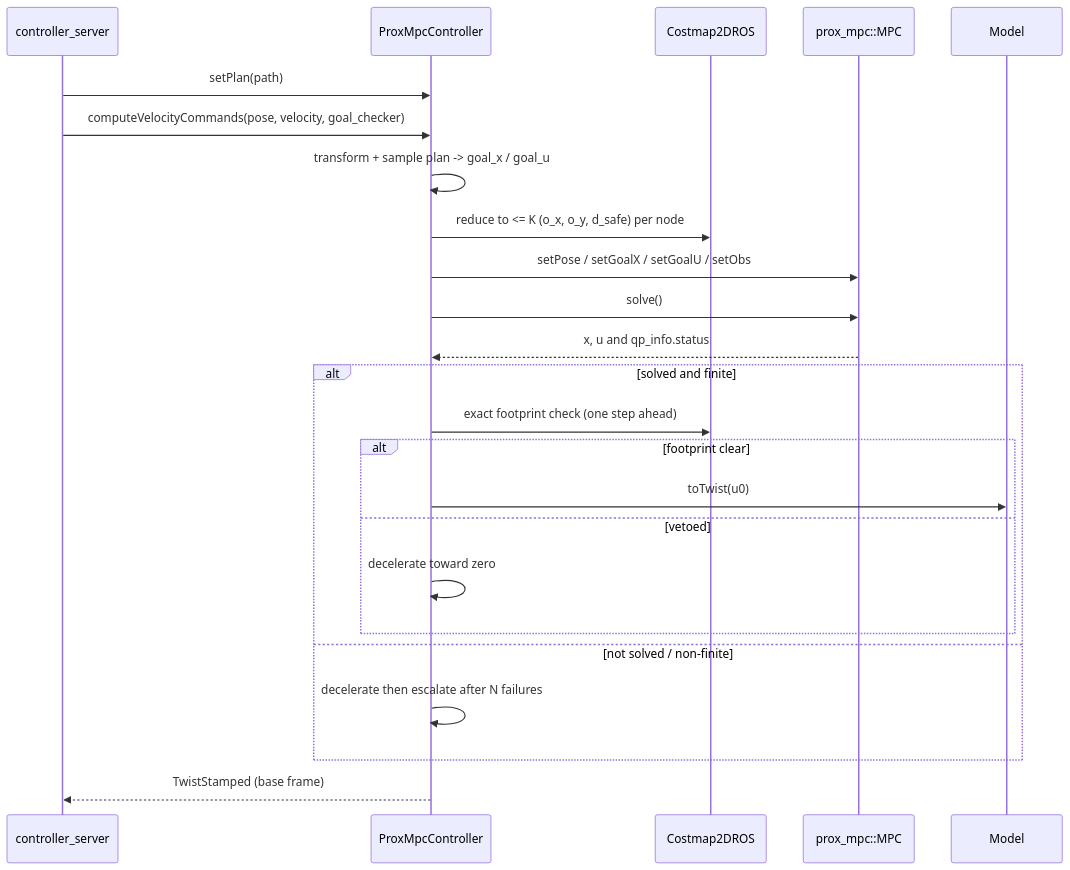
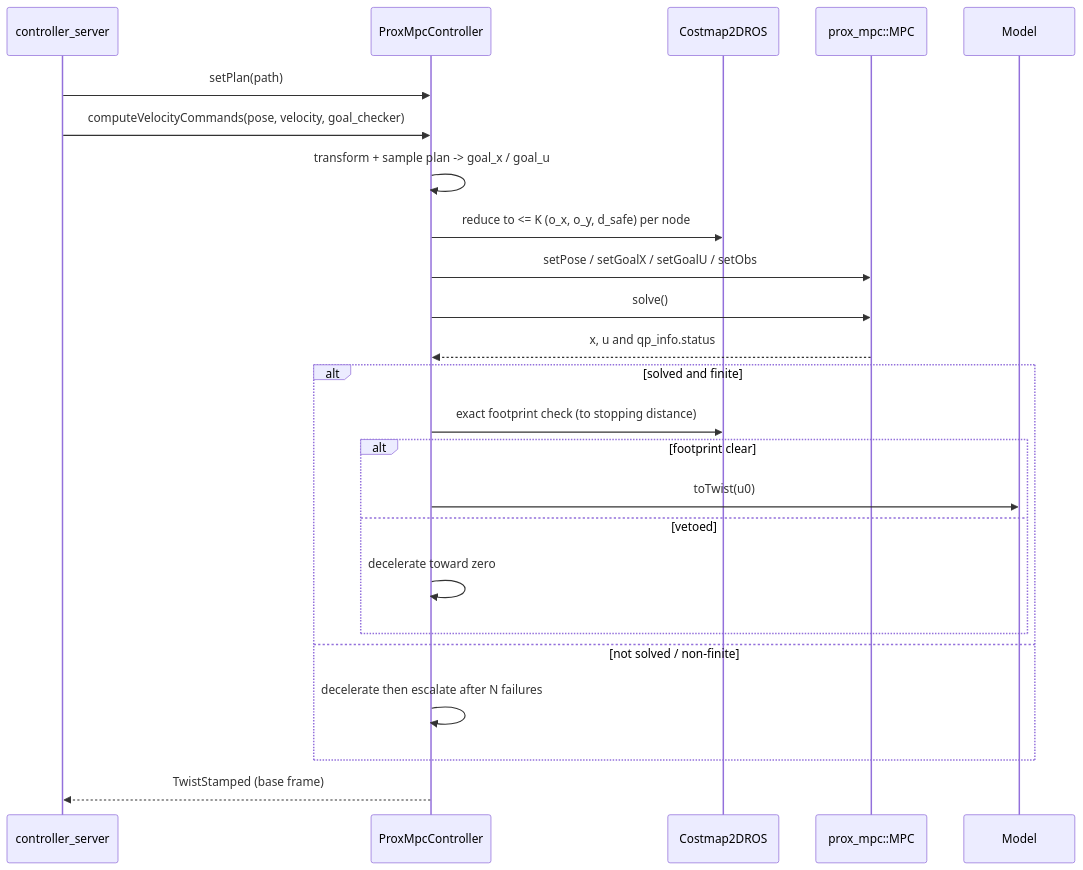
The second of 2 diagrams in prox_mpc_controller/doc/architecture.md (simone-contorno/prox_mpc), drawn with Mermaid before and after one commit. The commit also changed other lines of this file and 2 other files, not shown here.

````diff
--- a/prox_mpc_controller/doc/architecture.md
+++ b/prox_mpc_controller/doc/architecture.md
@@ -103,26 +104,26 @@
 ```mermaid
 sequenceDiagram
   participant Nav2 as controller_server
   participant Ctrl as ProxMpcController
   participant CM as Costmap2DROS
   participant MPC as prox_mpc::MPC
   participant Model
   Nav2->>Ctrl: setPlan(path)
   Nav2->>Ctrl: computeVelocityCommands(pose, velocity, goal_checker)
   Ctrl->>Ctrl: transform + sample plan -> goal_x / goal_u
   Ctrl->>CM: reduce to <= K (o_x, o_y, d_safe) per node
   Ctrl->>MPC: setPose / setGoalX / setGoalU / setObs
   Ctrl->>MPC: solve()
   MPC-->>Ctrl: x, u and qp_info.status
   alt solved and finite
-    Ctrl->>CM: exact footprint check (one step ahead)
+    Ctrl->>CM: exact footprint check (to stopping distance)
     alt footprint clear
       Ctrl->>Model: toTwist(u0)
     else vetoed
       Ctrl->>Ctrl: decelerate toward zero
     end
   else not solved / non-finite
     Ctrl->>Ctrl: decelerate then escalate after N failures
   end
   Ctrl-->>Nav2: TwistStamped (base frame)
 ```
````
